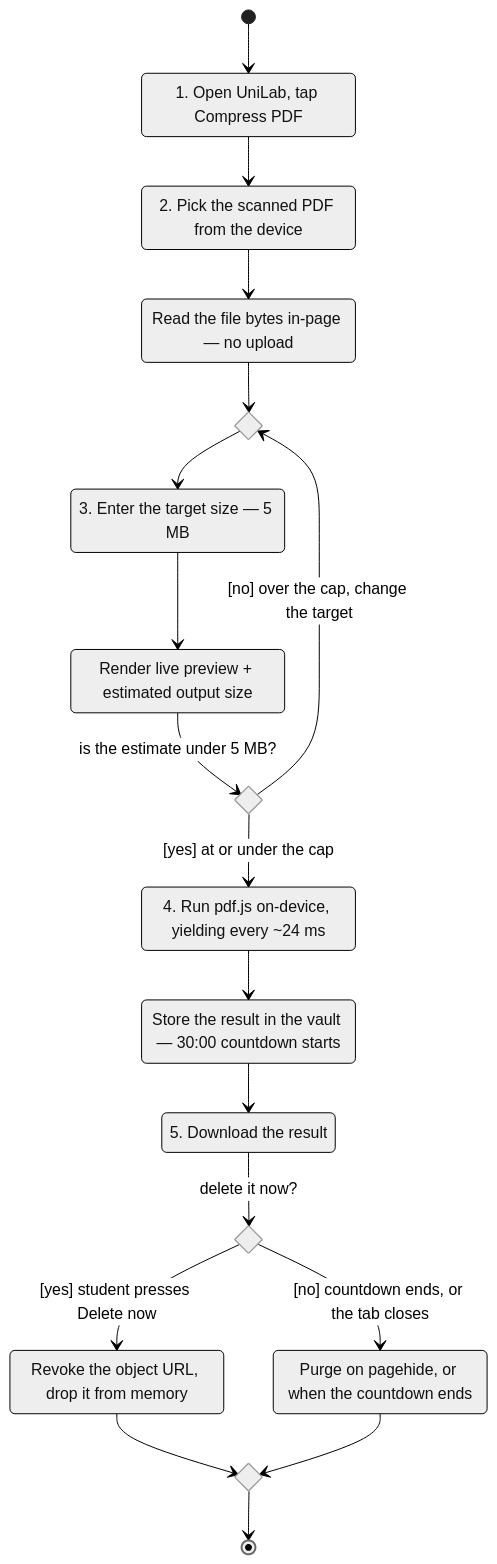
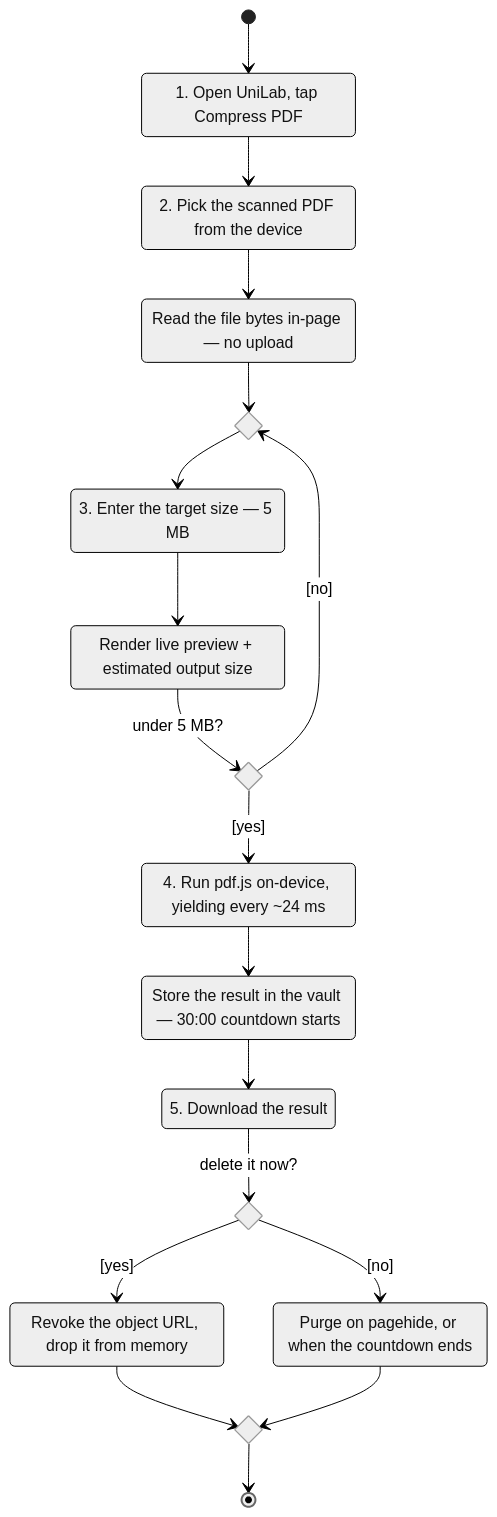
Before and after one commit to Thiha-Lynn/unilab: the third of 3 diagrams in .docs/02-design/diagrams.md, drawn with Mermaid (neutral theme). The commit also changed other lines of this file and 10 other files, not shown here.

````diff
--- a/.docs/02-design/diagrams.md
+++ b/.docs/02-design/diagrams.md
@@ -197,45 +197,45 @@
 ```mermaid
 stateDiagram-v2
     direction TB
 
     %% Two decisions and two merges. Declared before use so mermaid renders every
     %% one as a UML diamond rather than turning a forward reference into a box.
     state retarget  <<choice>>
     state under_cap <<choice>>
     state disposal  <<choice>>
     state rejoin    <<choice>>
 
     OpenTool  : 1. Open UniLab, tap Compress PDF
     PickFile  : 2. Pick the scanned PDF from the device
     ReadLocal : Read the file bytes in-page — no upload
     SetTarget : 3. Enter the target size — 5 MB
     Estimate  : Render live preview + estimated output size
     Compress  : 4. Run pdf.js on-device, yielding every ~24 ms
     Store     : Store the result in the vault — 30:00 countdown starts
     Download  : 5. Download the result
     DeleteNow : Revoke the object URL, drop it from memory
     Expire    : Purge on pagehide, or when the countdown ends
 
     [*] --> OpenTool
     OpenTool --> PickFile
     PickFile --> ReadLocal
 
     ReadLocal --> retarget
     retarget --> SetTarget
     SetTarget --> Estimate
 
-    Estimate --> under_cap : is the estimate under 5 MB?
-    under_cap --> Compress : [yes] at or under the cap
-    under_cap --> retarget : [no] over the cap, change the target
+    Estimate --> under_cap : under 5 MB?
+    under_cap --> Compress : [yes]
+    under_cap --> retarget : [no]
 
     Compress --> Store
     Store --> Download
 
     Download --> disposal : delete it now?
-    disposal --> DeleteNow : [yes] student presses Delete now
-    disposal --> Expire : [no] countdown ends, or the tab closes
+    disposal --> DeleteNow : [yes]
+    disposal --> Expire : [no]
 
     DeleteNow --> rejoin
     Expire --> rejoin
     rejoin --> [*]
 ```
````
